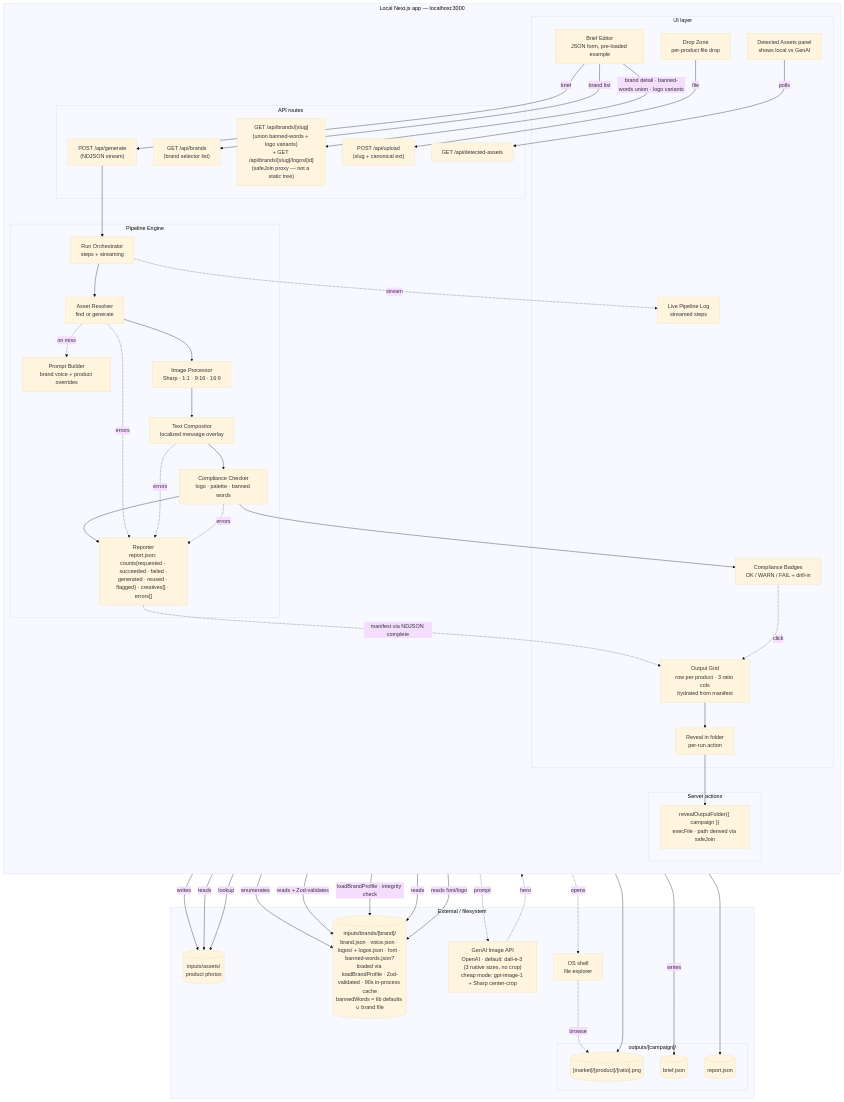
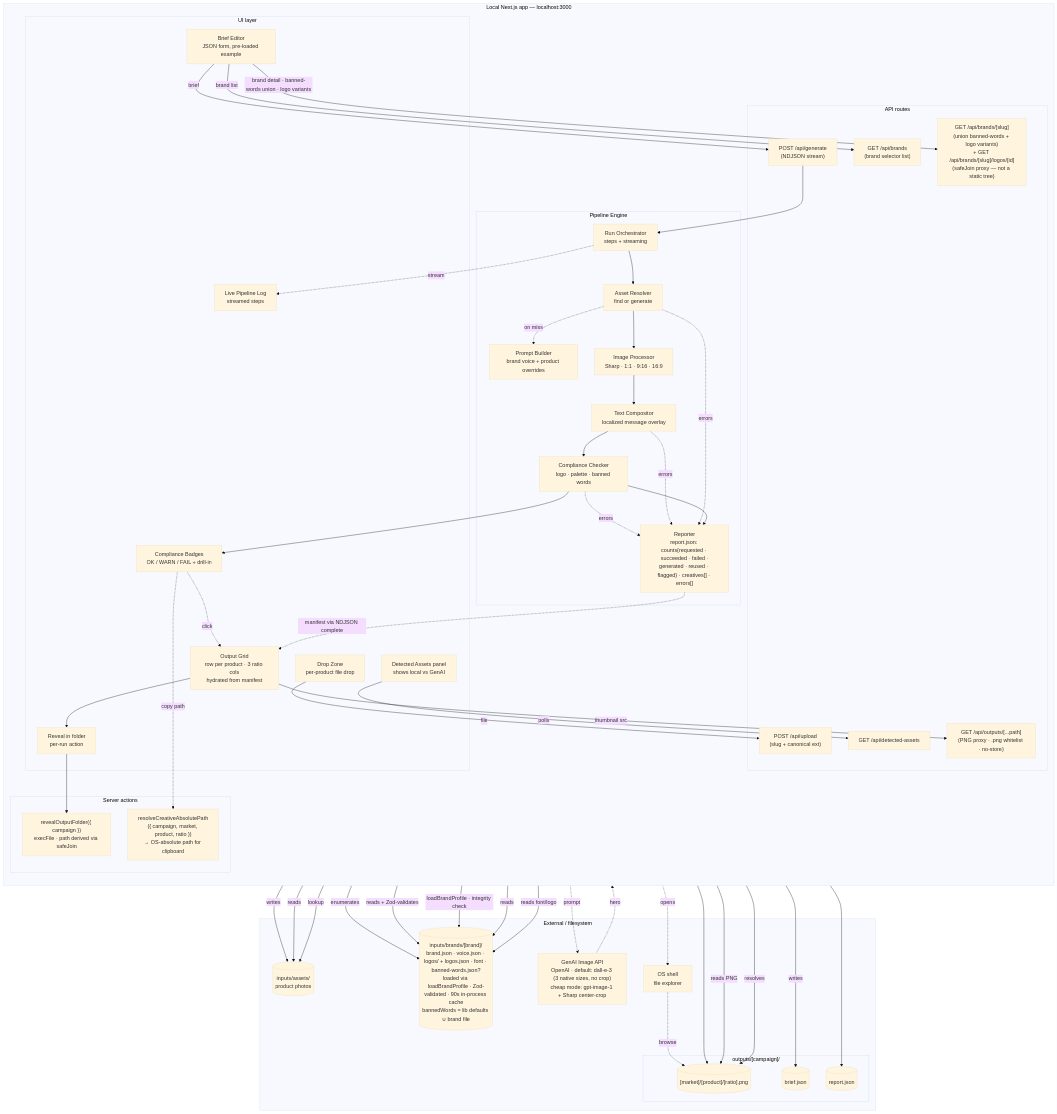
The third of 5 diagrams in docs/system-map.md (arndvs/cast), drawn with Mermaid (base theme) before and after one commit. The commit also changed other lines of this file and 3 other files, not shown here.

````diff
--- a/docs/system-map.md
+++ b/docs/system-map.md
@@ -112,10 +116,12 @@
             GenerateAPI["POST /api/generate<br/>(NDJSON stream)"]
             BrandsAPI["GET /api/brands<br/>(brand selector list)"]
             BrandDetailAPI["GET /api/brands/[slug]<br/>(union banned-words + logo variants)<br/>+ GET /api/brands/[slug]/logos/[id]<br/>(safeJoin proxy — not a static tree)"]
+            OutputsAPI["GET /api/outputs/[...path]<br/>(PNG proxy · .png whitelist · no-store)"]
         end
 
         subgraph Actions["Server actions"]
             RevealAction["revealOutputFolder({ campaign })<br/>execFile · path derived via safeJoin"]
+            CopyPathAction["resolveCreativeAbsolutePath<br/>({ campaign, market, product, ratio })<br/>→ OS-absolute path for clipboard"]
         end
 
         subgraph Engine["Pipeline Engine"]
@@ -165,4 +171,8 @@
     RevealBtn --> RevealAction
     RevealAction -.->|opens| OS
     OS -.->|browse| Outputs
+    Grid -->|thumbnail src| OutputsAPI
+    OutputsAPI -->|reads PNG| Outputs
+    BadgeUI -.->|copy path| CopyPathAction
+    CopyPathAction -->|resolves| Outputs
 ```
````
